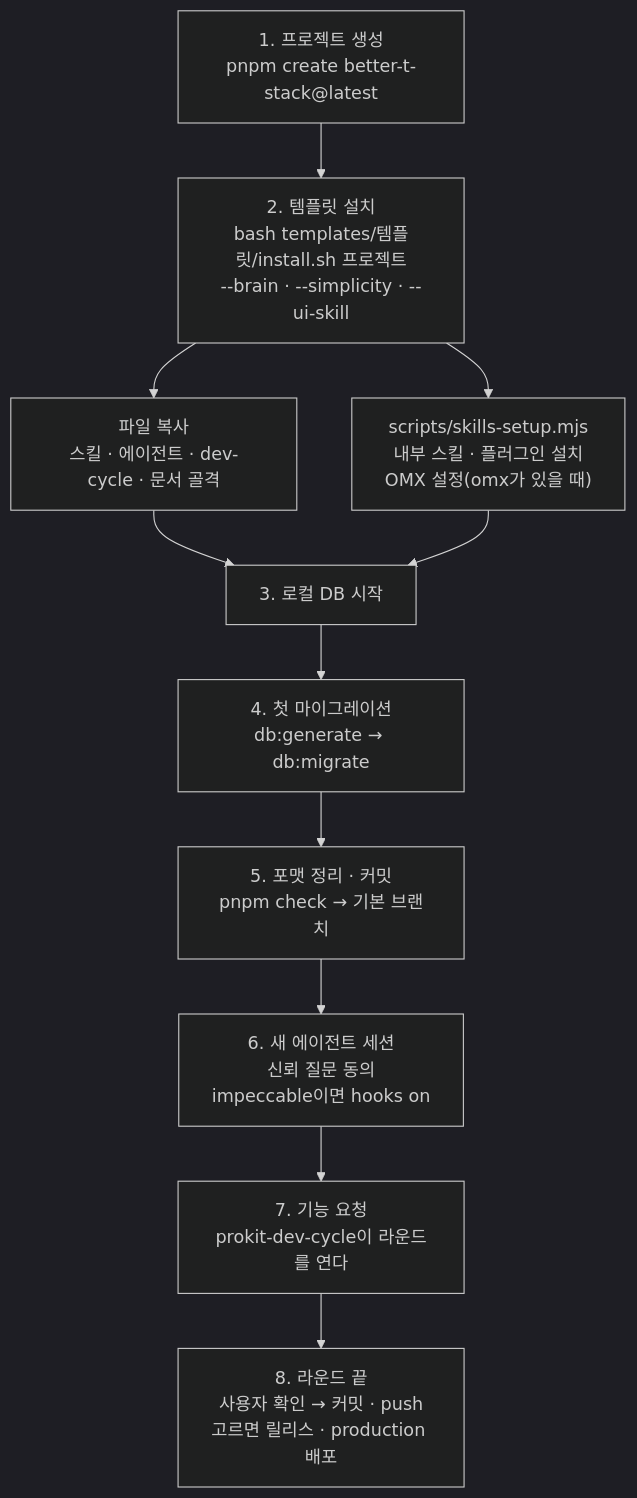
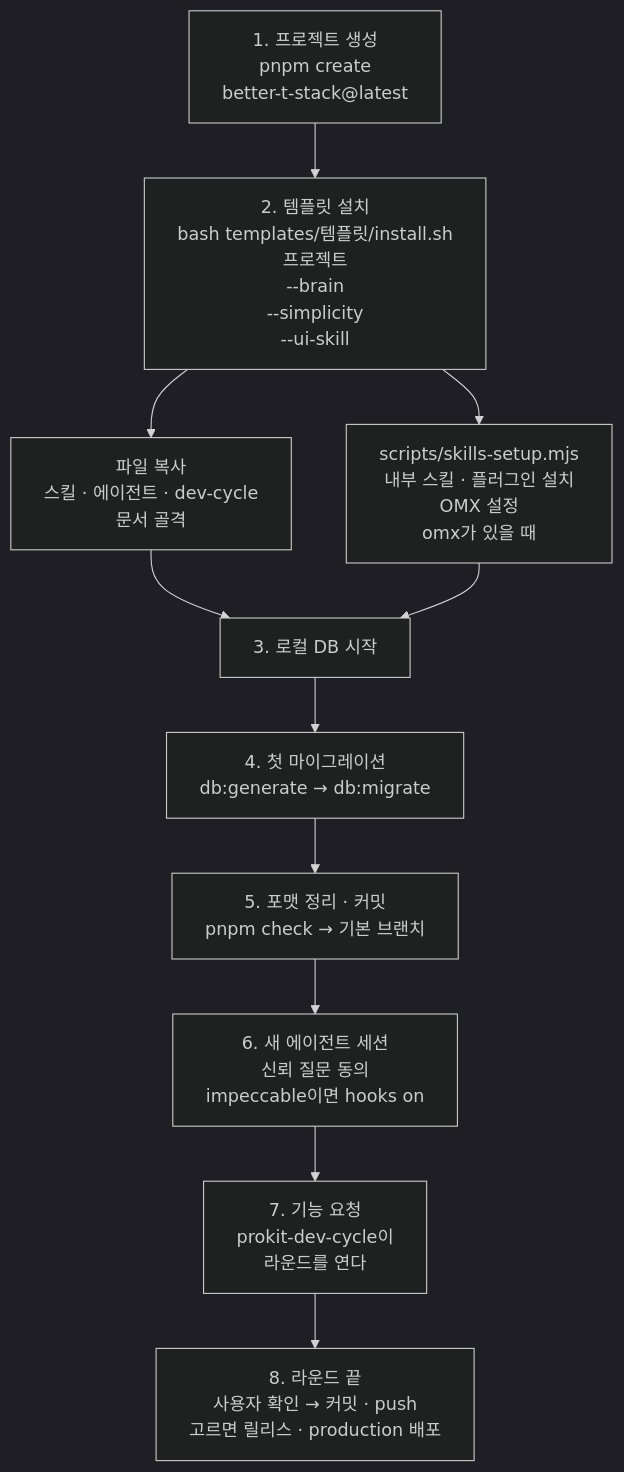
The diagram in handbook/start/quickstart-service.md (roadkwon-ai/pro-kit), drawn with Mermaid (dark theme) before and after one commit. The commit also changed 4 other files, not shown here.

````diff
--- a/handbook/start/quickstart-service.md
+++ b/handbook/start/quickstart-service.md
@@ -72,13 +72,18 @@
 ```mermaid
-flowchart TD
-  A["1. 프로젝트 생성<br/>pnpm create better-t-stack@latest"] --> B["2. 템플릿 설치<br/>bash templates/템플릿/install.sh 프로젝트<br/>--brain · --simplicity · --ui-skill"]
-  B --> B1["파일 복사<br/>스킬 · 에이전트 · dev-cycle · 문서 골격"]
-  B --> B2["scripts/skills-setup.mjs<br/>내부 스킬 · 플러그인 설치<br/>OMX 설정(omx가 있을 때)"]
+---
+config:
+  flowchart:
+    wrappingWidth: 260
+---
+flowchart TB
+  A["1. 프로젝트 생성<br/>pnpm create<br/>better-t-stack@latest"] --> B["2. 템플릿 설치<br/>bash templates/템플릿/install.sh<br/>프로젝트<br/>--brain<br/>--simplicity<br/>--ui-skill"]
+  B --> B1["파일 복사<br/>스킬 · 에이전트 · dev-cycle<br/>문서 골격"]
+  B --> B2["scripts/skills-setup.mjs<br/>내부 스킬 · 플러그인 설치<br/>OMX 설정<br/>omx가 있을 때"]
   B1 --> C["3. 로컬 DB 시작"]
   B2 --> C
   C --> D["4. 첫 마이그레이션<br/>db:generate → db:migrate"]
   D --> E["5. 포맷 정리 · 커밋<br/>pnpm check → 기본 브랜치"]
   E --> F["6. 새 에이전트 세션<br/>신뢰 질문 동의<br/>impeccable이면 hooks on"]
-  F --> G["7. 기능 요청<br/>prokit-dev-cycle이 라운드를 연다"]
+  F --> G["7. 기능 요청<br/>prokit-dev-cycle이<br/>라운드를 연다"]
   G --> H["8. 라운드 끝<br/>사용자 확인 → 커밋 · push<br/>고르면 릴리스 · production 배포"]
 ```
````
